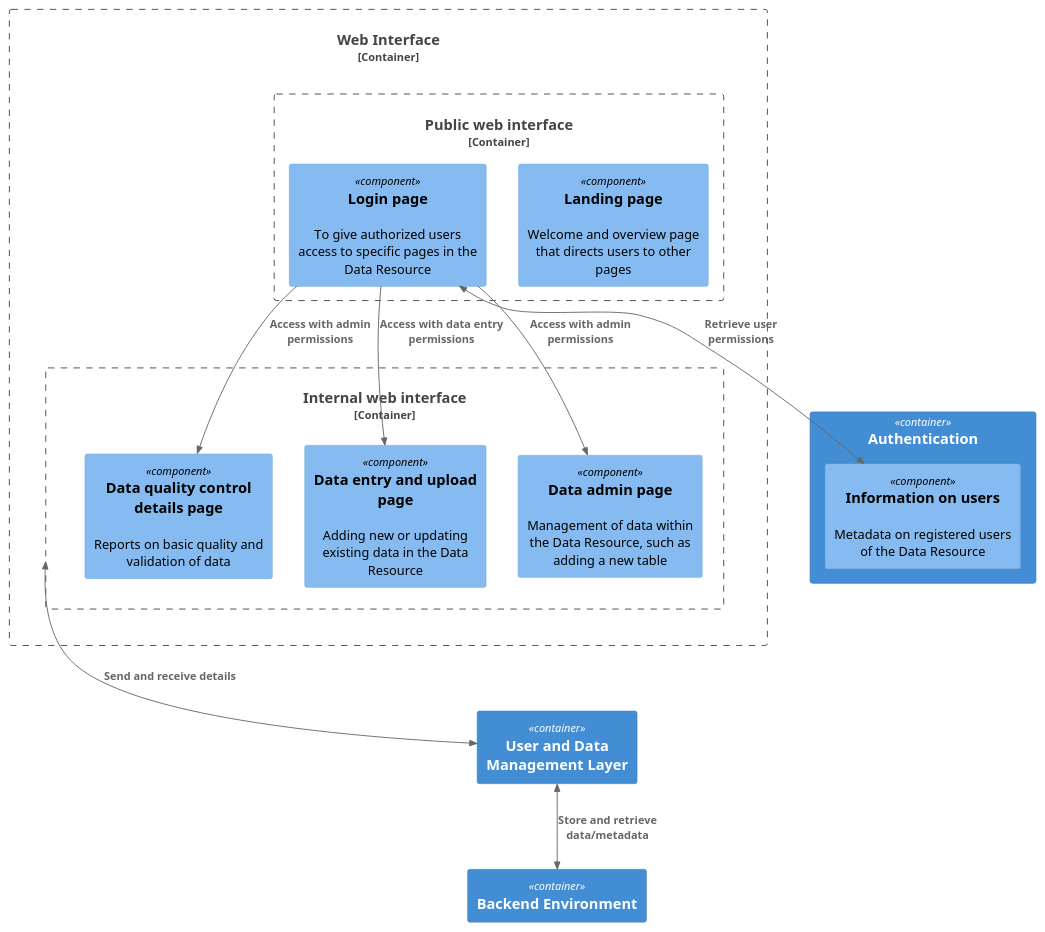
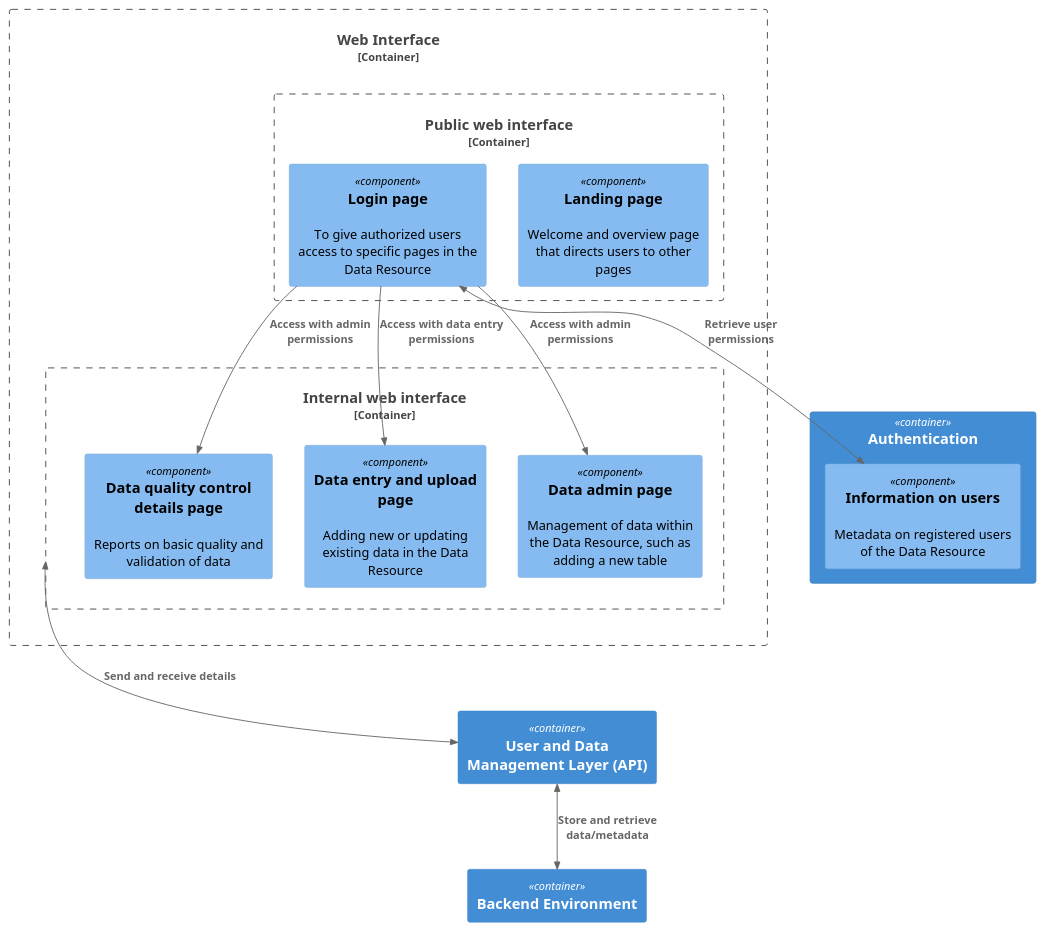
Before and after one commit to signekb/seedcase-sprout: the diagram in docs/design/images/component-ui.puml, drawn with PlantUML. The commit also changed 3 other files, not shown here.

First line of the commit message:
style: :art: Small stylistic edits and to be consistent across diagrams

```diff
--- a/docs/design/images/component-ui.puml
+++ b/docs/design/images/component-ui.puml
@@ -1,41 +1,41 @@
-@startuml 
-' Component diagram for the Seedcase product - Backend: File Storage
+@startuml component-ui
 !include  https://raw.githubusercontent.com/plantuml-stdlib/C4-PlantUML/master/C4_Component.puml
 
+' C4 Component diagram for the user interface
+
 Container(bee, "Backend Environment")
-Container(management, "User and Data Management Layer")
-Container(auth, "Authentication")
+Container(management, "User and Data Management Layer (API)")
 Container(auth, "Authentication") {
   Component(user_info, "Information on users", $descr="Metadata on registered users of the Data Resource")
 }
 
 Container_Boundary(ui, "Web Interface") {
   Container_Boundary(web, "Public web interface") {
     Component(page_landing, "Landing page", $descr="Welcome and overview page that directs users to other pages")
     Component(page_login, "Login page", $descr="To give authorized users access to specific pages in the Data Resource")
   }
   Container_Boundary(web_admin, "Internal web interface") {
     ' Admin
     Component(page_data_admin, "Data admin page", $descr="Management of data within the Data Resource, such as adding a new table")
     Component(page_data_qc, "Data quality control details page", $descr="Reports on basic quality and validation of data")
 
     ' Data entry
     Component(page_data_upload, "Data entry and upload page", $descr="Adding new or updating existing data in the Data Resource")
   }
 }
 
 ' Logged in users
 BiRel(page_login, user_info, "Retrieve user permissions")
 
 Rel(page_login, page_data_upload, "Access with data entry permissions")
 Rel(page_login, page_data_admin, "Access with admin permissions")
 Rel(page_login, page_data_qc, "Access with admin permissions")
 
 ' Accessing backend
 BiRel(web_admin, management, "Send and receive details")
 BiRel(bee, management, "Store and retrieve data/metadata")
 
 Lay_D(ui, management)
 Lay_R(management, bee)
 
 @enduml
```
